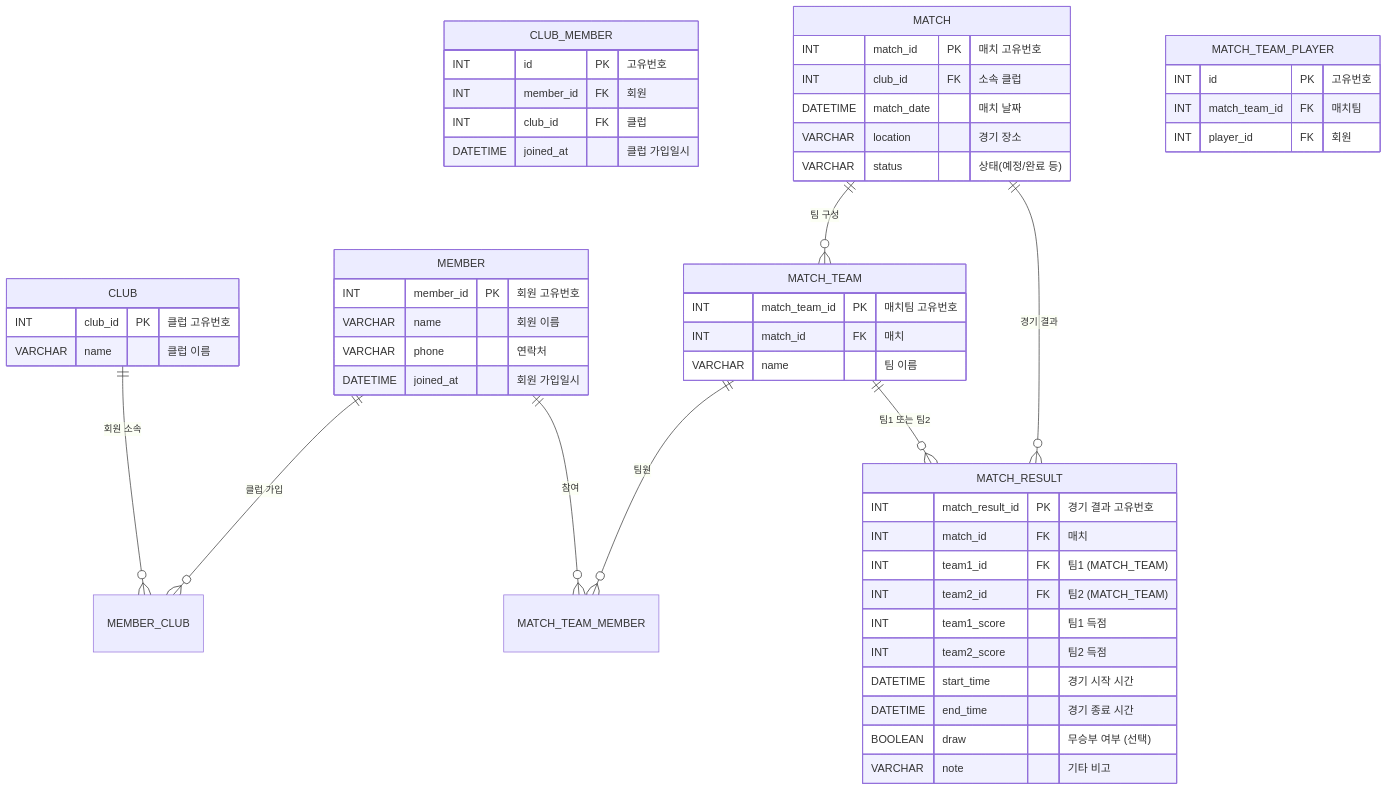
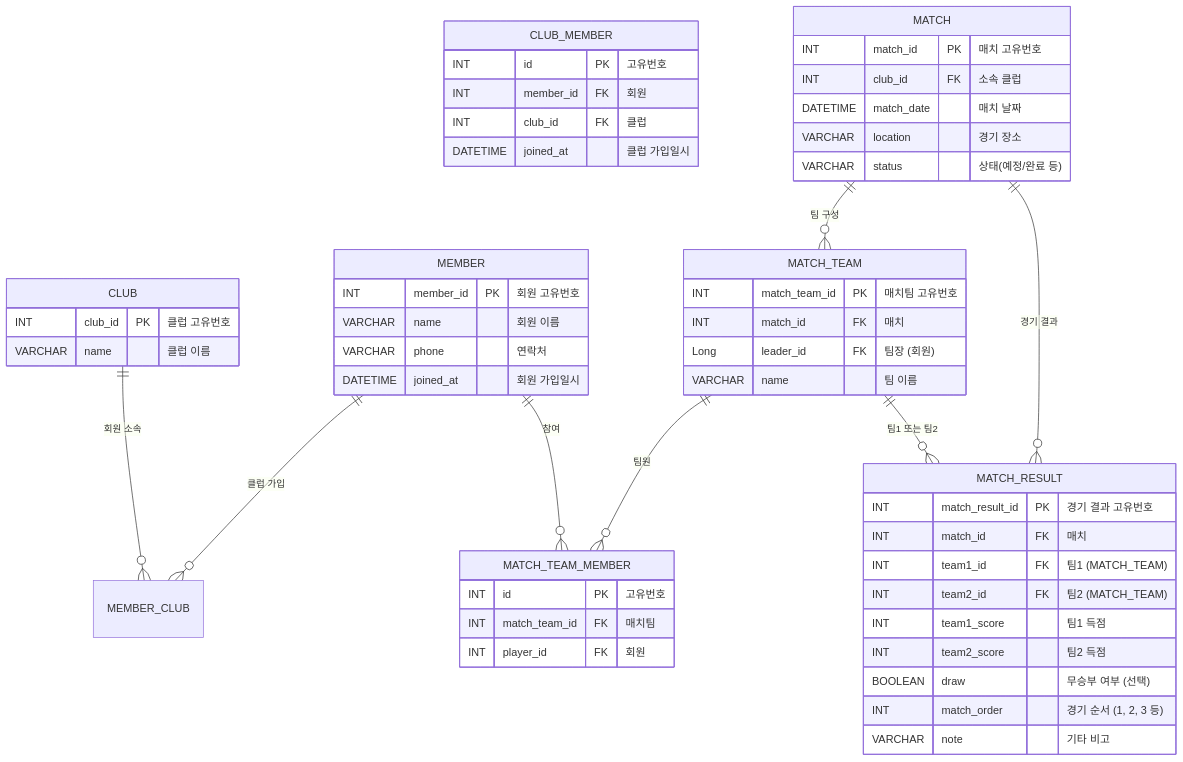
One commit to fivedragon5/kick-log changed the diagram in ERD.md. Above: the diagram before and after it, drawn with Mermaid. The commit also changed 8 other files, not shown here.

````diff
--- a/ERD.md
+++ b/ERD.md
@@ -2,62 +2,62 @@
 ```mermaid
     erDiagram
-    CLUB {
-        INT club_id PK "클럽 고유번호"
-        VARCHAR name "클럽 이름"
-    }
-
-    MEMBER {
-        INT member_id PK "회원 고유번호"
-        VARCHAR name "회원 이름"
-        VARCHAR phone "연락처"
-        DATETIME joined_at "회원 가입일시"
-    }
-
-   CLUB_MEMBER {
-        INT id PK "고유번호"
-        INT member_id FK "회원"
-        INT club_id FK "클럽"
-        DATETIME joined_at "클럽 가입일시"
-    }
+        CLUB {
+            INT club_id PK "클럽 고유번호"
+            VARCHAR name "클럽 이름"
+        }
+    
+        MEMBER {
+            INT member_id PK "회원 고유번호"
+            VARCHAR name "회원 이름"
+            VARCHAR phone "연락처"
+            DATETIME joined_at "회원 가입일시"
+        }
+    
+       CLUB_MEMBER {
+            INT id PK "고유번호"
+            INT member_id FK "회원"
+            INT club_id FK "클럽"
+            DATETIME joined_at "클럽 가입일시"
+        }
  
         MATCH {
             INT match_id PK "매치 고유번호"
             INT club_id FK "소속 클럽"
             DATETIME match_date "매치 날짜"
             VARCHAR location "경기 장소"
             VARCHAR status "상태(예정/완료 등)"
         }
     
         MATCH_TEAM {
             INT match_team_id PK "매치팀 고유번호"
             INT match_id FK "매치"
+            Long leader_id FK "팀장 (회원)"
             VARCHAR name "팀 이름"
         }
     
-        MATCH_TEAM_PLAYER {
+        MATCH_TEAM_MEMBER {
             INT id PK "고유번호"
             INT match_team_id FK "매치팀"
             INT player_id FK "회원"
         }
     
         MATCH_RESULT {
             INT match_result_id PK "경기 결과 고유번호"
             INT match_id FK "매치"
             INT team1_id FK "팀1 (MATCH_TEAM)"
             INT team2_id FK "팀2 (MATCH_TEAM)"
             INT team1_score "팀1 득점"
             INT team2_score "팀2 득점"
-            DATETIME start_time "경기 시작 시간"
-            DATETIME end_time "경기 종료 시간"
             BOOLEAN draw "무승부 여부 (선택)"
+            INT match_order "경기 순서 (1, 2, 3 등)" 
             VARCHAR note "기타 비고"
         }
 
         CLUB ||--o{ MEMBER_CLUB : "회원 소속"
         MEMBER ||--o{ MEMBER_CLUB : "클럽 가입"
         MATCH ||--o{ MATCH_TEAM : "팀 구성"
         MATCH_TEAM ||--o{ MATCH_TEAM_MEMBER : "팀원"
         MEMBER ||--o{ MATCH_TEAM_MEMBER : "참여"
         MATCH ||--o{ MATCH_RESULT : "경기 결과"
         MATCH_TEAM ||--o{ MATCH_RESULT : "팀1 또는 팀2"
 ```
````
